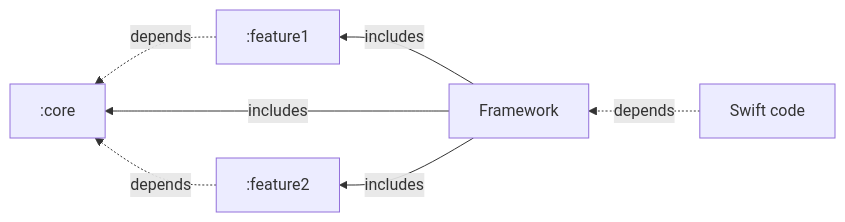
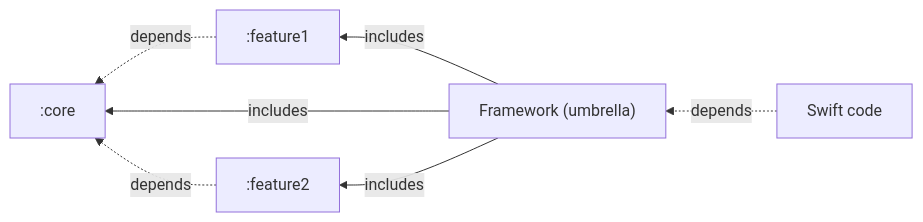
One commit to JetBrains/kotlin changed the fifth of 5 diagrams in docs/native/compilation-model.md. Above: the diagram before and after it, drawn with Mermaid. The commit also changed other lines of this file and 57 other files, not shown here.

First line of the commit message:
[K/N] Add deep dives and diagrams to the Native knowledge base

````diff
--- a/docs/native/compilation-model.md
+++ b/docs/native/compilation-model.md
@@ -398,17 +415,17 @@
 ```mermaid
 flowchart RL
-    core[:core]
-    feature1[:feature1]
-    feature2[:feature2]
+    core[":core"]
+    feature1[":feature1"]
+    feature2[":feature2"]
 
-    framework[Framework]
+    framework["Framework (umbrella)"]
 
     feature1 -.->|depends| core
     framework -->|includes| feature1
     framework -->|includes| core
     framework -->|includes| feature2
     feature2 -.->|depends| core
 
     swift[Swift code]
     swift -.->|depends| framework
 ```
````
